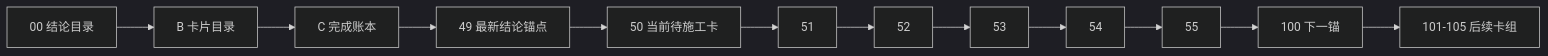
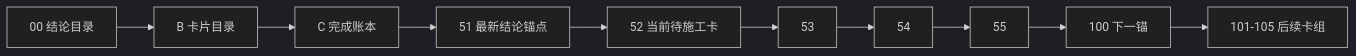
One commit to everything-is-simple/lifespan-0.01 changed the diagram in docs/03-execution/A-execution-reading-order-20260409.md. Above: the diagram before and after it, drawn with Mermaid (dark theme). The commit also changed other lines of this file and 22 other files, not shown here.

````diff
--- a/docs/03-execution/A-execution-reading-order-20260409.md
+++ b/docs/03-execution/A-execution-reading-order-20260409.md
@@ -33,14 +30,12 @@
 ```mermaid
 flowchart LR
     CONC["00 结论目录"] --> BCAT["B 卡片目录"]
     BCAT --> CLED["C 完成账本"]
-    CLED --> ANC["49 最新结论锚点"]
-    ANC --> G50["50 当前待施工卡"]
-    G50 --> G51["51"]
-    G51 --> G52["52"]
+    CLED --> ANC["51 最新结论锚点"]
+    ANC --> G52["52 当前待施工卡"]
     G52 --> G53["53"]
     G53 --> G54["54"]
     G54 --> G55["55"]
     G55 --> NEXT["100 下一锚"]
     NEXT --> POST["101-105 后续卡组"]
 ```
````
